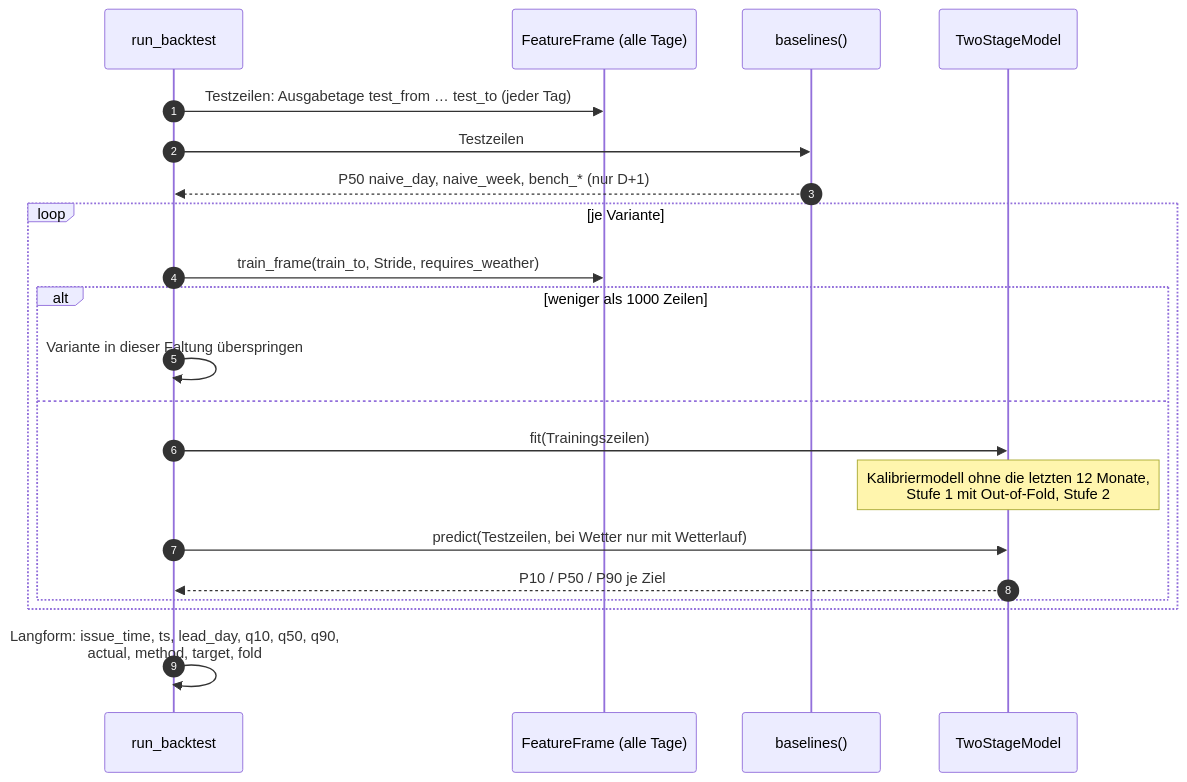
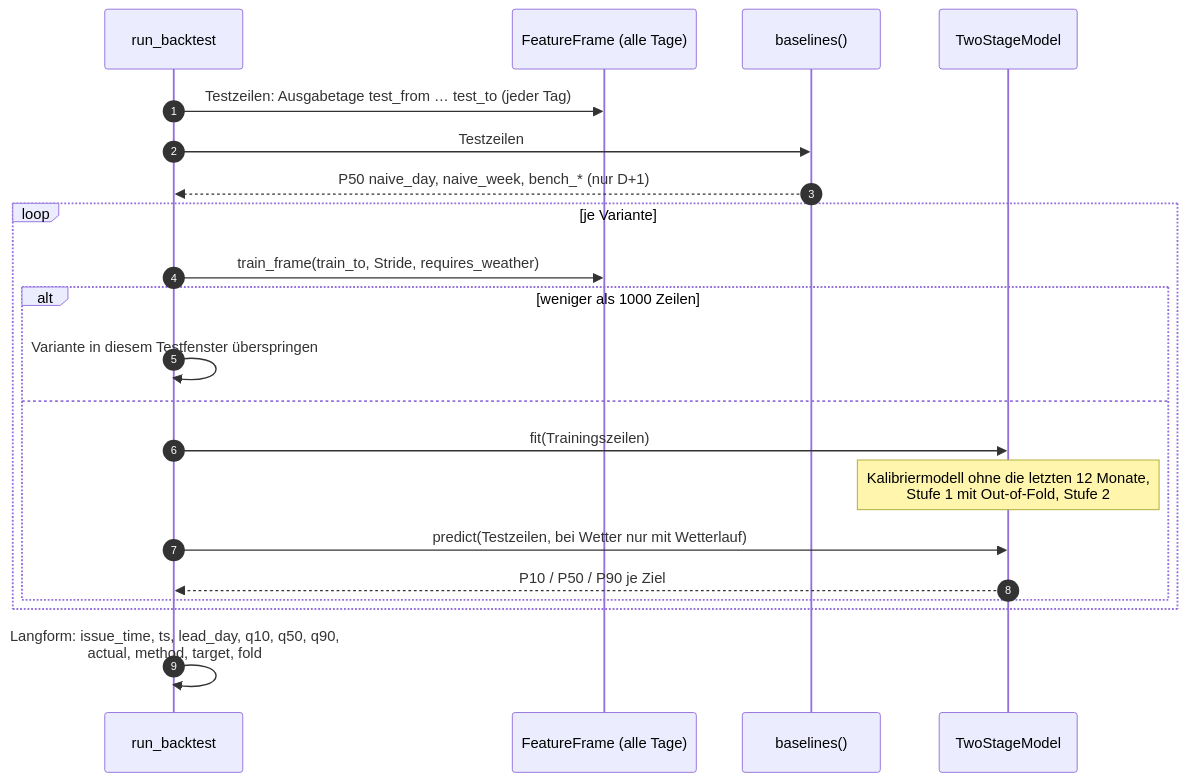
The third of 7 diagrams in docs/BACKTEST.md (the78mole/PredictionDB), drawn with Mermaid before and after one commit. The commit also changed other lines of this file and 23 other files, not shown here.

First line of the commit message:
docs: „Faltung“ durch „Testfenster“ ersetzen (#309)

````diff
--- a/docs/BACKTEST.md
+++ b/docs/BACKTEST.md
@@ -156,23 +156,23 @@
 ```mermaid
 sequenceDiagram
     autonumber
     participant BT as run_backtest
     participant FB as FeatureFrame (alle Tage)
     participant BL as baselines()
     participant TS as TwoStageModel
     BT->>FB: Testzeilen: Ausgabetage test_from … test_to (jeder Tag)
     BT->>BL: Testzeilen
     BL-->>BT: P50 naive_day, naive_week, bench_* (nur D+1)
     loop je Variante
         BT->>FB: train_frame(train_to, Stride, requires_weather)
         alt weniger als 1000 Zeilen
-            BT->>BT: Variante in dieser Faltung überspringen
+            BT->>BT: Variante in diesem Testfenster überspringen
         else
             BT->>TS: fit(Trainingszeilen)
             Note over TS: Kalibriermodell ohne die letzten 12 Monate,<br/>Stufe 1 mit Out-of-Fold, Stufe 2
             BT->>TS: predict(Testzeilen, bei Wetter nur mit Wetterlauf)
             TS-->>BT: P10 / P50 / P90 je Ziel
         end
     end
     BT->>BT: Langform: issue_time, ts, lead_day, q10, q50, q90,<br/>actual, method, target, fold
 ```
````
